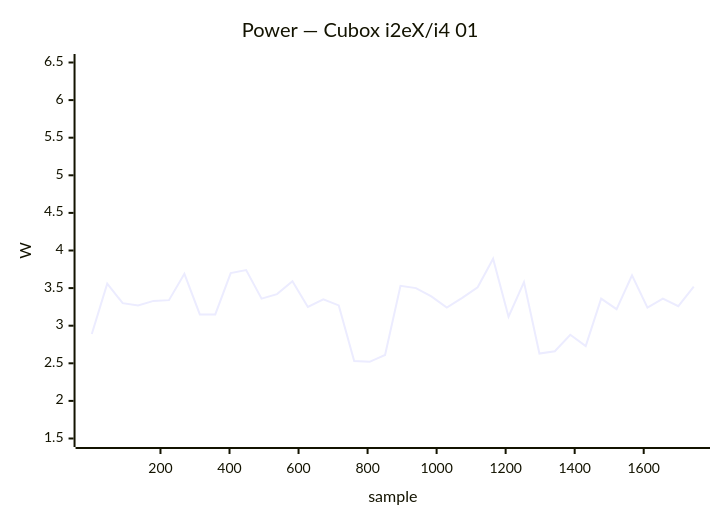
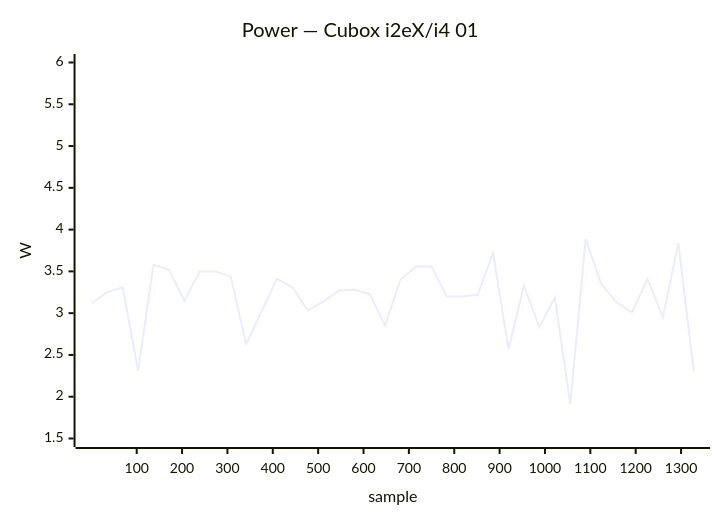
Before and after one commit to armbian/documentation: diagram 15 of 41 in docs/status/board-tests.md, drawn with Mermaid. The commit also changed other lines of this file, not shown here.

````diff
--- a/docs/status/board-tests.md
+++ b/docs/status/board-tests.md
@@ -520,7 +585,7 @@
 ```mermaid
 xychart-beta
     title "Power — Cubox i2eX/i4 01"
-    x-axis "sample" 1 --> 1745
-    y-axis "W" 1.5 --> 6.5
-    line [2.89, 3.56, 3.30, 3.27, 3.33, 3.34, 3.69, 3.15, 3.15, 3.70, 3.74, 3.36, 3.42, 3.59, 3.25, 3.35, 3.27, 2.53, 2.52, 2.61, 3.53, 3.50, 3.39, 3.24, 3.37, 3.51, 3.89, 3.12, 3.58, 2.63, 2.66, 2.88, 2.73, 3.36, 3.22, 3.67, 3.24, 3.36, 3.26, 3.52]
+    x-axis "sample" 1 --> 1328
+    y-axis "W" 1.5 --> 6.0
+    line [3.12, 3.25, 3.31, 2.31, 3.58, 3.52, 3.15, 3.50, 3.50, 3.44, 2.63, 3.02, 3.41, 3.31, 3.03, 3.14, 3.27, 3.28, 3.23, 2.85, 3.40, 3.56, 3.56, 3.20, 3.20, 3.22, 3.72, 2.57, 3.33, 2.83, 3.19, 1.91, 3.89, 3.35, 3.13, 3.01, 3.41, 2.95, 3.84, 2.30]
 ```
````
